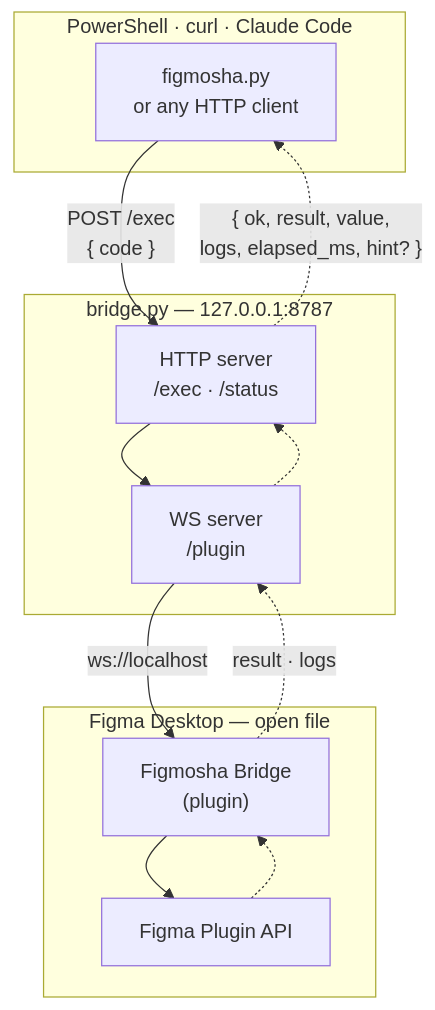
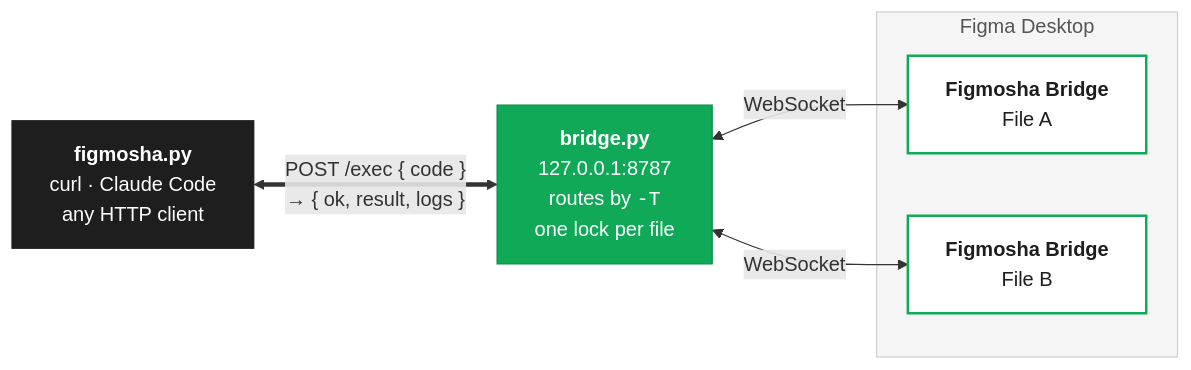
Before and after one commit to denysosadchyi/figmosha2: the diagram in README.md, drawn with Mermaid. The commit also changed other lines of this file, not shown here.

Commit message:
Redraw the README architecture diagram left to right in the plugin's colours

````diff
--- a/README.md
+++ b/README.md
@@ -37,26 +37,23 @@
 ```mermaid
-flowchart TB
-    subgraph client["PowerShell · curl · Claude Code"]
-        CLI["figmosha.py<br/>or any HTTP client"]
+flowchart LR
+    CLI["<b>figmosha.py</b><br/>curl · Claude Code<br/>any HTTP client"]
+
+    BRIDGE["<b>bridge.py</b><br/>127.0.0.1:8787<br/>routes by <code>-T</code><br/>one lock per file"]
+
+    subgraph figma["Figma Desktop"]
+        P1["<b>Figmosha Bridge</b><br/>File A"]
+        P2["<b>Figmosha Bridge</b><br/>File B"]
     end
 
-    subgraph bridge["bridge.py — 127.0.0.1:8787"]
-        HTTP["HTTP server<br/>/exec · /status"]
-        WSS["WS server<br/>/plugin"]
-    end
+    CLI <== "POST /exec { code }<br/>→ { ok, result, logs }" ==> BRIDGE
+    BRIDGE <-- "WebSocket" --> P1
+    BRIDGE <-- "WebSocket" --> P2
 
-    subgraph figma["Figma Desktop — open file"]
-        PLUGIN["Figmosha Bridge<br/>(plugin)"]
-        API["Figma Plugin API"]
-    end
-
-    CLI -- "POST /exec<br/>{ code }" --> HTTP
-    HTTP --> WSS
-    WSS -- "ws://localhost" --> PLUGIN
-    PLUGIN --> API
-
-    API -.-> PLUGIN
-    PLUGIN -. "result · logs" .-> WSS
-    WSS -.-> HTTP
-    HTTP -. "{ ok, result, value,<br/>logs, elapsed_ms, hint? }" .-> CLI
+    classDef client fill:#1e1e1e,stroke:#1e1e1e,color:#ffffff
+    classDef bridge fill:#0fa958,stroke:#0b8a48,color:#ffffff
+    classDef plugin fill:#ffffff,stroke:#0fa958,stroke-width:2px,color:#1e1e1e
+    class CLI client
+    class BRIDGE bridge
+    class P1,P2 plugin
+    style figma fill:#f5f5f5,stroke:#d0d0d0,color:#555555
 ```
````
